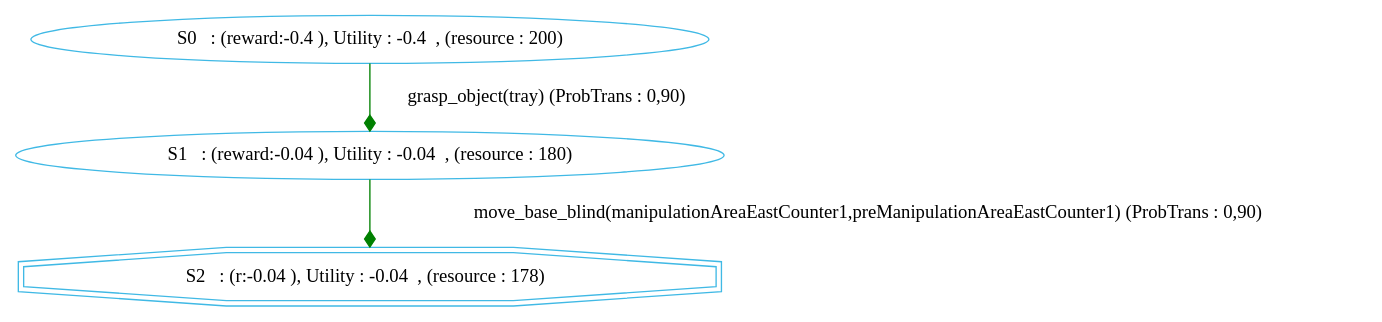
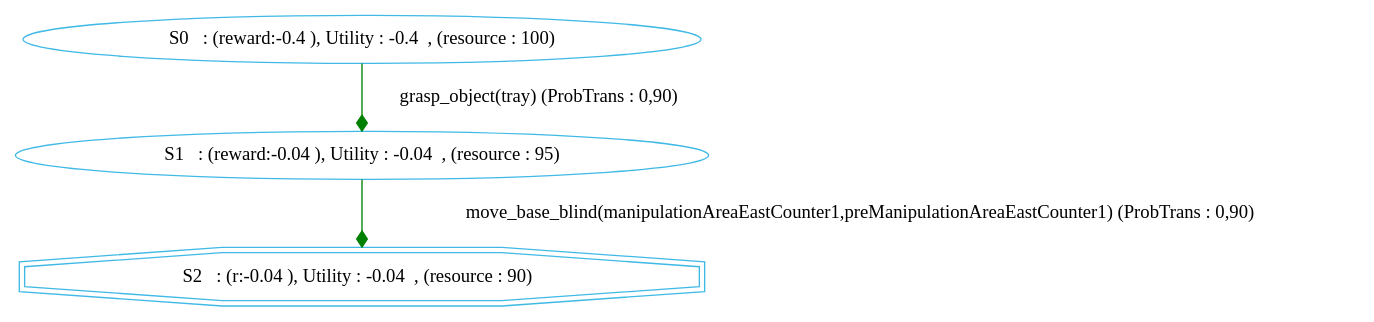
The diagram in chimp/src/main/java/examples/MDP/RACE/test_SpatialFluent_m_get_object.dot (htiraHatem/CHIMP_MDP), drawn with Graphviz before and after one commit. The commit also changed 6 other files, not shown here.

```diff
--- a/chimp/src/main/java/examples/MDP/RACE/test_SpatialFluent_m_get_object.dot
+++ b/chimp/src/main/java/examples/MDP/RACE/test_SpatialFluent_m_get_object.dot
@@ -1,7 +1,7 @@
 digraph {
   node [color="#40b9e5" ]
  size="60,17";
-"2" [label=" S2   : (r:-0.04 ), Utility : -0.04  , (resource : 178)  " shape=doubleoctagon];
-"0" [label=" S0   : (reward:-0.4 ), Utility : -0.4  , (resource : 200) "]"1" [label=" S1   : (reward:-0.04 ), Utility : -0.04  , (resource : 180) "]"0" -> "1" [ label="grasp_object(tray) (ProbTrans : 0,90)"
+"2" [label=" S2   : (r:-0.04 ), Utility : -0.04  , (resource : 90)  " shape=doubleoctagon];
+"0" [label=" S0   : (reward:-0.4 ), Utility : -0.4  , (resource : 100) "]"1" [label=" S1   : (reward:-0.04 ), Utility : -0.04  , (resource : 95) "]"0" -> "1" [ label="grasp_object(tray) (ProbTrans : 0,90)"
 , arrowhead = diamond , color=green];"1" -> "2" [ label="move_base_blind(manipulationAreaEastCounter1,preManipulationAreaEastCounter1) (ProbTrans : 0,90)"
 , arrowhead = diamond , color=green];}
```
